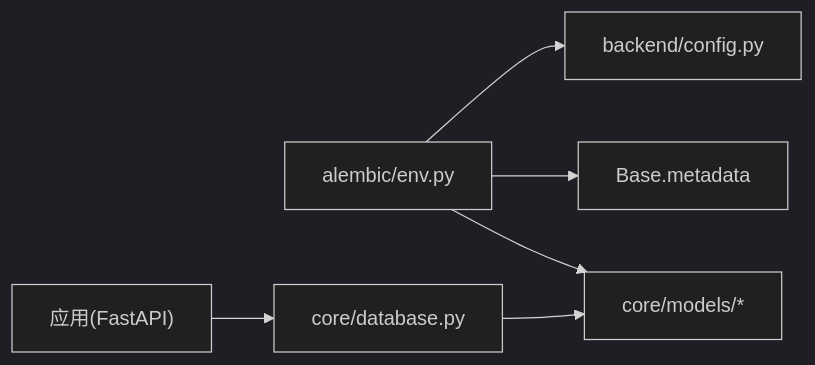
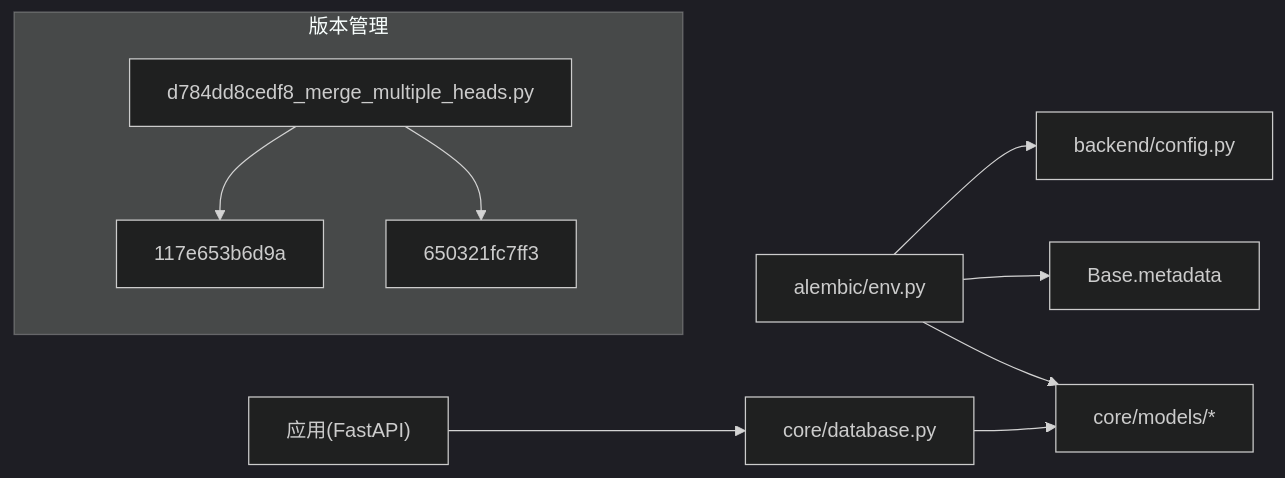
Before and after one commit to xfbyxq/ai-novel-system: the seventh of 7 diagrams in .qoder/repowiki/zh/content/部署与运维/数据库管理与迁移.md, drawn with Mermaid (dark theme). The commit also changed other lines of this file and 8 other files, not shown here.

````diff
--- a/.qoder/repowiki/zh/content/部署与运维/数据库管理与迁移.md
+++ b/.qoder/repowiki/zh/content/部署与运维/数据库管理与迁移.md
@@ -280,8 +341,12 @@
 ```mermaid
 graph LR
 ENV["alembic/env.py"] --> CFG["backend/config.py"]
 ENV --> META["Base.metadata"]
 ENV --> MODELS["core/models/*"]
 APP["应用(FastAPI)"] --> DB["core/database.py"]
 DB --> MODELS
+subgraph "版本管理"
+MERGE["d784dd8cedf8_merge_multiple_heads.py"] --> BRANCH_A["117e653b6d9a"]
+MERGE --> BRANCH_B["650321fc7ff3"]
+end
 ```
````
